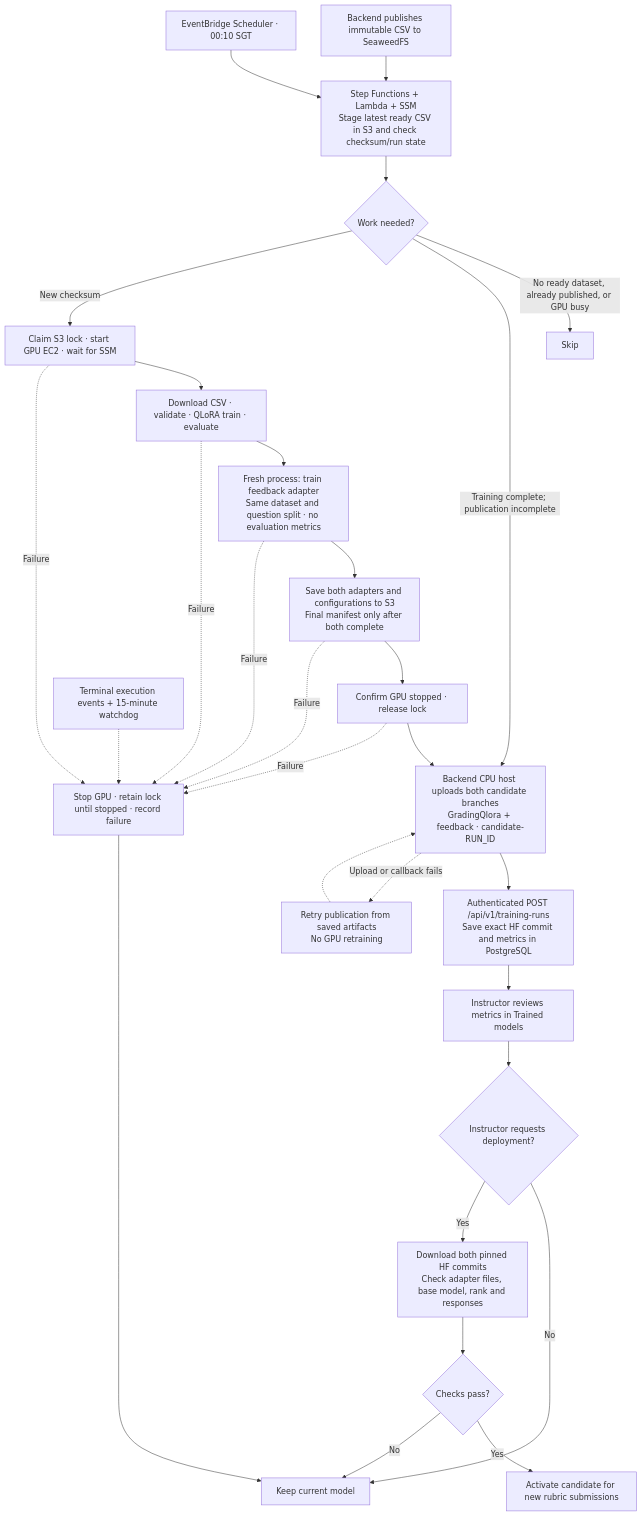
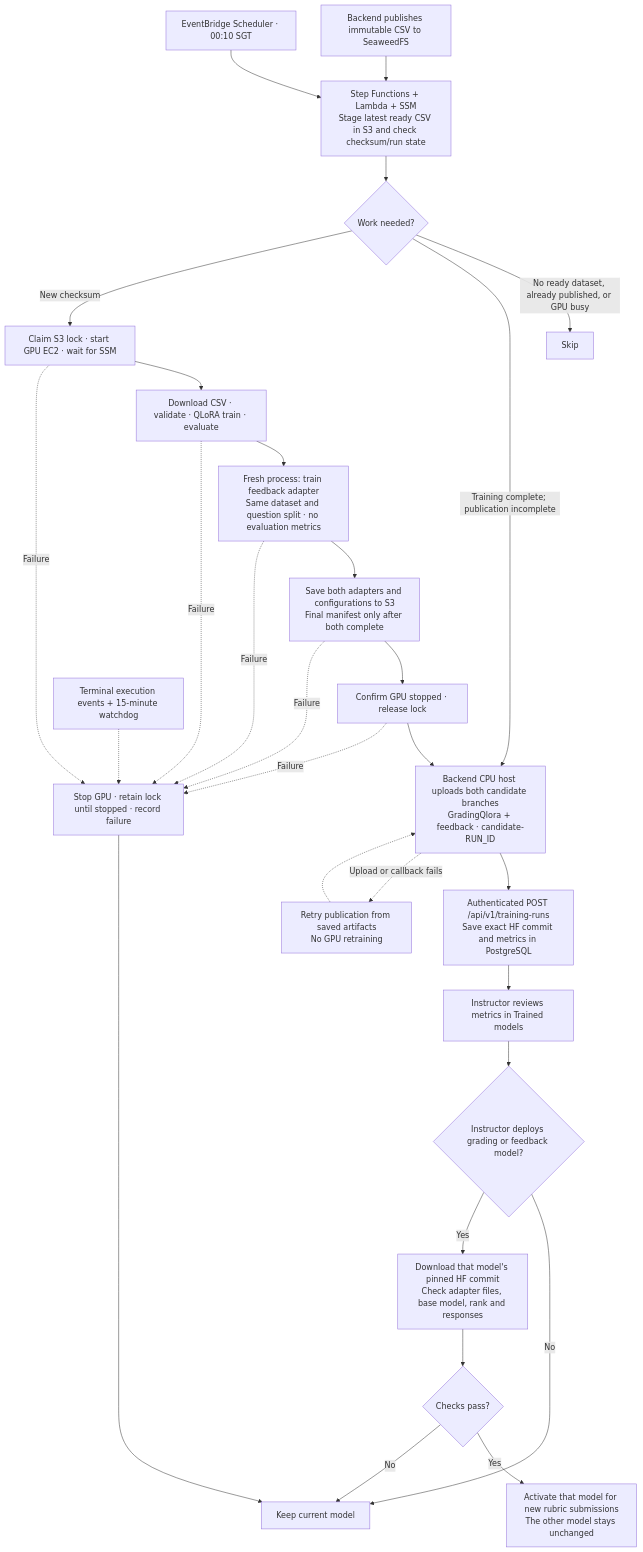
The diagram in autotraining/README.md (FYP-Team-5/deployment), drawn with Mermaid before and after one commit. The commit also changed other lines of this file, not shown here.

Commit message:
Document separate grading and feedback deployments (#3)

````diff
--- a/autotraining/README.md
+++ b/autotraining/README.md
@@ -7,31 +7,31 @@
 ```mermaid
 flowchart TD
     Dataset["Backend publishes immutable CSV to SeaweedFS"] --> Check
     Schedule["EventBridge Scheduler · 00:10 SGT"] --> Check["Step Functions + Lambda + SSM<br/>Stage latest ready CSV in S3 and check checksum/run state"]
     Check --> Decision{"Work needed?"}
     Decision -->|"No ready dataset, already published, or GPU busy"| Skip["Skip"]
     Decision -->|"Training complete; publication incomplete"| Publish
     Decision -->|"New checksum"| Start["Claim S3 lock · start GPU EC2 · wait for SSM"]
     Start --> Train["Download CSV · validate · QLoRA train · evaluate"]
     Train --> Feedback["Fresh process: train feedback adapter<br/>Same dataset and question split · no evaluation metrics"]
     Feedback --> Save["Save both adapters and configurations to S3<br/>Final manifest only after both complete"]
     Save --> Stop["Confirm GPU stopped · release lock"]
     Stop --> Publish["Backend CPU host uploads both candidate branches<br/>GradingQlora + feedback · candidate-RUN_ID"]
     Publish --> Callback["Authenticated POST /api/v1/training-runs<br/>Save exact HF commit and metrics in PostgreSQL"]
     Publish -.->|"Upload or callback fails"| Retry["Retry publication from saved artifacts<br/>No GPU retraining"]
     Retry -.-> Publish
     Callback --> Review["Instructor reviews metrics in Trained models"]
-    Review --> Deploy{"Instructor requests deployment?"}
+    Review --> Deploy{"Instructor deploys grading or feedback model?"}
     Deploy -->|No| Keep["Keep current model"]
-    Deploy -->|Yes| Verify["Download both pinned HF commits<br/>Check adapter files, base model, rank and responses"]
+    Deploy -->|Yes| Verify["Download that model's pinned HF commit<br/>Check adapter files, base model, rank and responses"]
     Verify --> Passed{"Checks pass?"}
-    Passed -->|Yes| Activate["Activate candidate for new rubric submissions"]
+    Passed -->|Yes| Activate["Activate that model for new rubric submissions<br/>The other model stays unchanged"]
     Passed -->|No| Keep
     Start -.->|Failure| Cleanup["Stop GPU · retain lock until stopped · record failure"]
     Train -.->|Failure| Cleanup
     Feedback -.->|Failure| Cleanup
     Save -.->|Failure| Cleanup
     Stop -.->|Failure| Cleanup
     Recovery["Terminal execution events + 15-minute watchdog"] -.-> Cleanup
     Cleanup --> Keep
 ```
````
